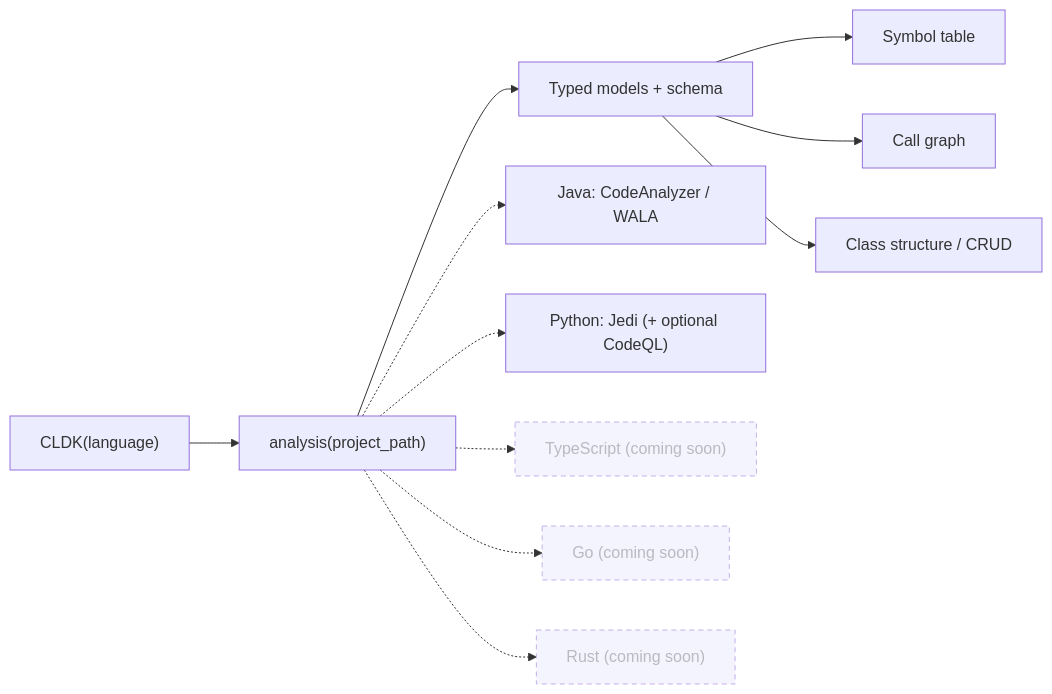
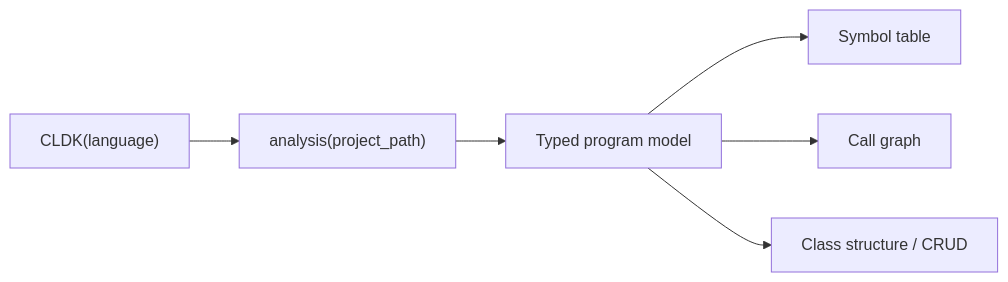
One commit to codellm-devkit/docs changed the diagram in src/content/docs/what-is-cldk.mdx. Above: the diagram before and after it, drawn with Mermaid. The commit also changed other lines of this file and 28 other files, not shown here.

````diff
--- a/src/content/docs/what-is-cldk.mdx
+++ b/src/content/docs/what-is-cldk.mdx
@@ -65,15 +65,8 @@
 ```mermaid
 flowchart LR
     A["CLDK(language)"] --> B["analysis(project_path)"]
-    B --> C["Typed models + schema"]
+    B --> C["Typed program model"]
     C --> D["Symbol table"]
     C --> E["Call graph"]
     C --> F["Class structure / CRUD"]
-    B -.-> J["Java: CodeAnalyzer / WALA"]
-    B -.-> P["Python: Jedi (+ optional CodeQL)"]
-    B -.-> TS["TypeScript (coming soon)"]
-    B -.-> GO["Go (coming soon)"]
-    B -.-> RS["Rust (coming soon)"]
-    classDef planned stroke-dasharray:5 4,opacity:0.55;
-    class TS,GO,RS planned;
 ```
````
